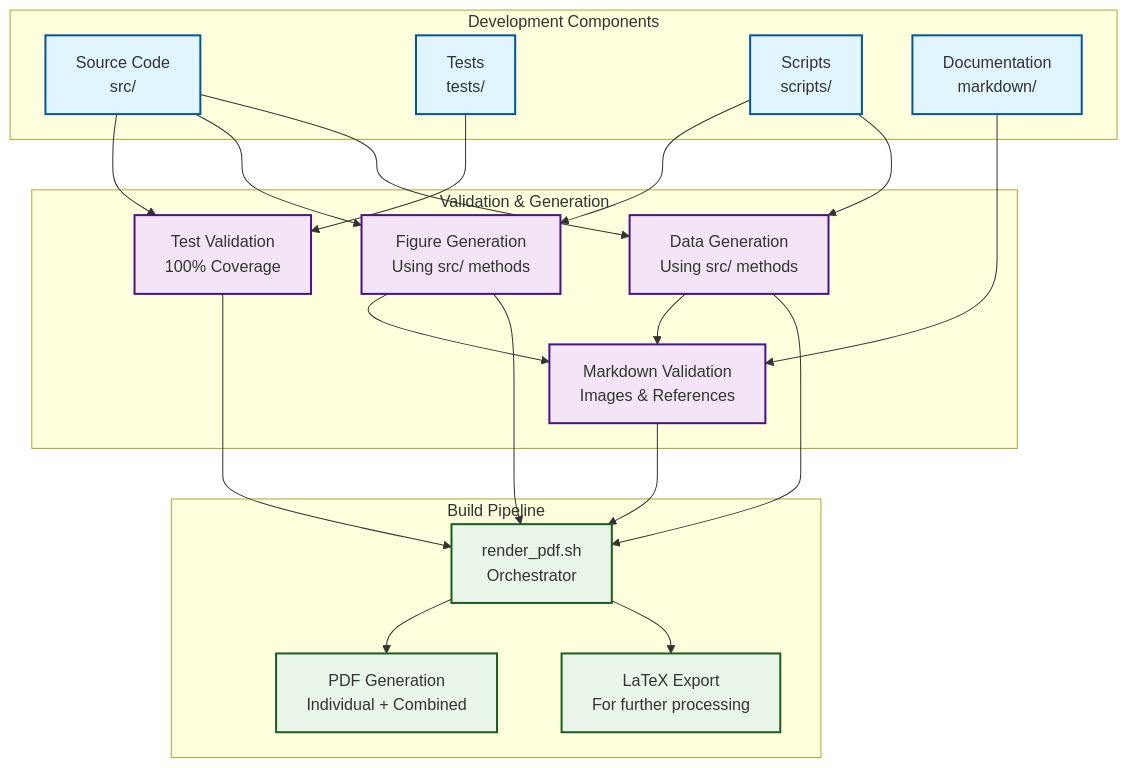
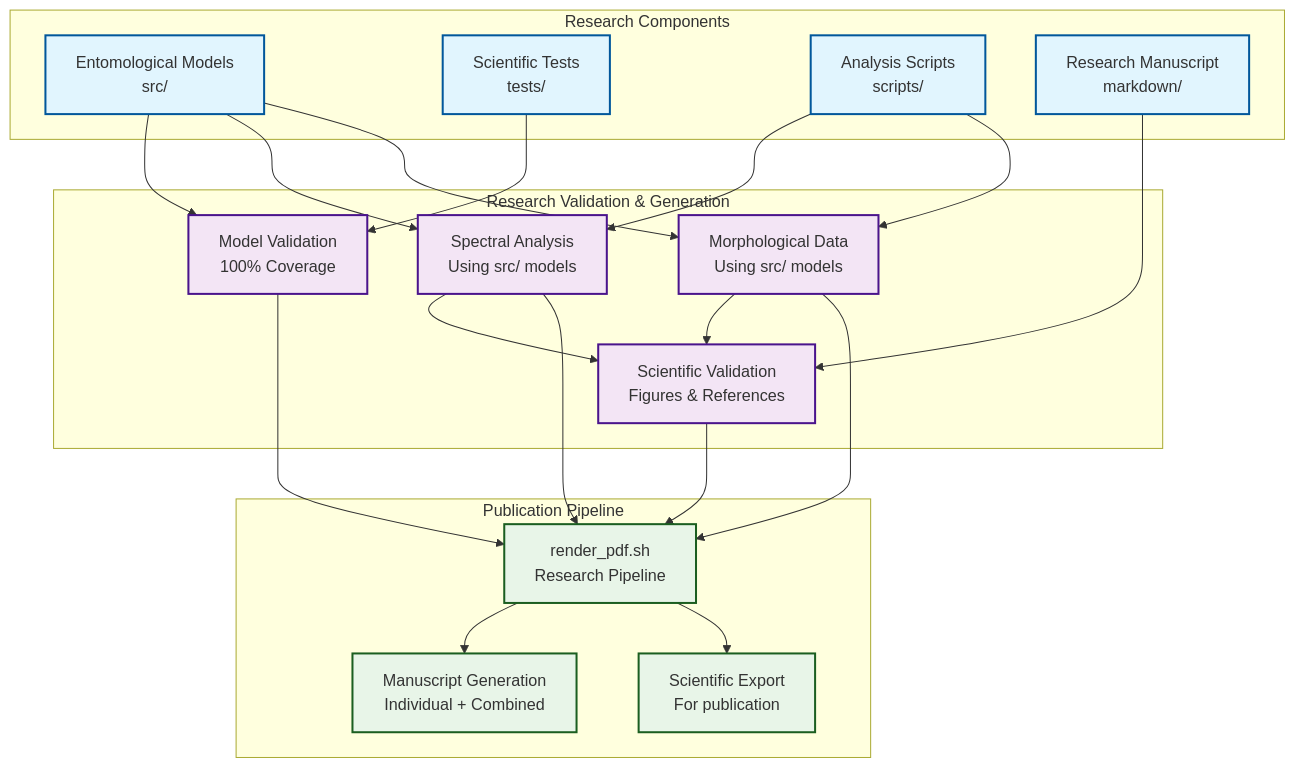
One commit to docxology/cohereants changed the first of 3 diagrams in WORKFLOW.md. Above: the diagram before and after it, drawn with Mermaid. The commit also changed other lines of this file and 210 other files, not shown here.

````diff
--- a/WORKFLOW.md
+++ b/WORKFLOW.md
@@ -17,48 +17,48 @@
 ```mermaid
 graph TB
-    subgraph "Development Components"
-        SRC[Source Code<br/>src/]
-        TESTS[Tests<br/>tests/]
-        SCRIPTS[Scripts<br/>scripts/]
-        MD[Documentation<br/>markdown/]
+    subgraph "Research Components"
+        SRC[Entomological Models<br/>src/]
+        TESTS[Scientific Tests<br/>tests/]
+        SCRIPTS[Analysis Scripts<br/>scripts/]
+        MD[Research Manuscript<br/>markdown/]
+    end
+
+    subgraph "Research Validation & Generation"
+        VALIDATION[Model Validation<br/>100% Coverage]
+        FIGURES[Spectral Analysis<br/>Using src/ models]
+        DATA[Morphological Data<br/>Using src/ models]
+        MARKDOWN_VAL[Scientific Validation<br/>Figures & References]
     end
     
-    subgraph "Validation & Generation"
-        VALIDATION[Test Validation<br/>100% Coverage]
-        FIGURES[Figure Generation<br/>Using src/ methods]
-        DATA[Data Generation<br/>Using src/ methods]
-        MARKDOWN_VAL[Markdown Validation<br/>Images & References]
-    end
-    
-    subgraph "Build Pipeline"
-        RENDER[render_pdf.sh<br/>Orchestrator]
-        PDFS[PDF Generation<br/>Individual + Combined]
-        LATEX[LaTeX Export<br/>For further processing]
+    subgraph "Publication Pipeline"
+        RENDER[render_pdf.sh<br/>Research Pipeline]
+        PDFS[Manuscript Generation<br/>Individual + Combined]
+        LATEX[Scientific Export<br/>For publication]
     end
     
     SRC --> VALIDATION
     TESTS --> VALIDATION
     SRC --> FIGURES
     SRC --> DATA
     SCRIPTS --> FIGURES
     SCRIPTS --> DATA
     MD --> MARKDOWN_VAL
     FIGURES --> MARKDOWN_VAL
     DATA --> MARKDOWN_VAL
     
     VALIDATION --> RENDER
     FIGURES --> RENDER
     DATA --> RENDER
     MARKDOWN_VAL --> RENDER
     
     RENDER --> PDFS
     RENDER --> LATEX
     
     classDef component fill:#e1f5fe,stroke:#01579b,stroke-width:2px
     classDef validation fill:#f3e5f5,stroke:#4a148c,stroke-width:2px
     classDef pipeline fill:#e8f5e8,stroke:#1b5e20,stroke-width:2px
     
     class SRC,TESTS,SCRIPTS,MD component
     class VALIDATION,FIGURES,DATA,MARKDOWN_VAL validation
     class RENDER,PDFS,LATEX pipeline
 ```
````
